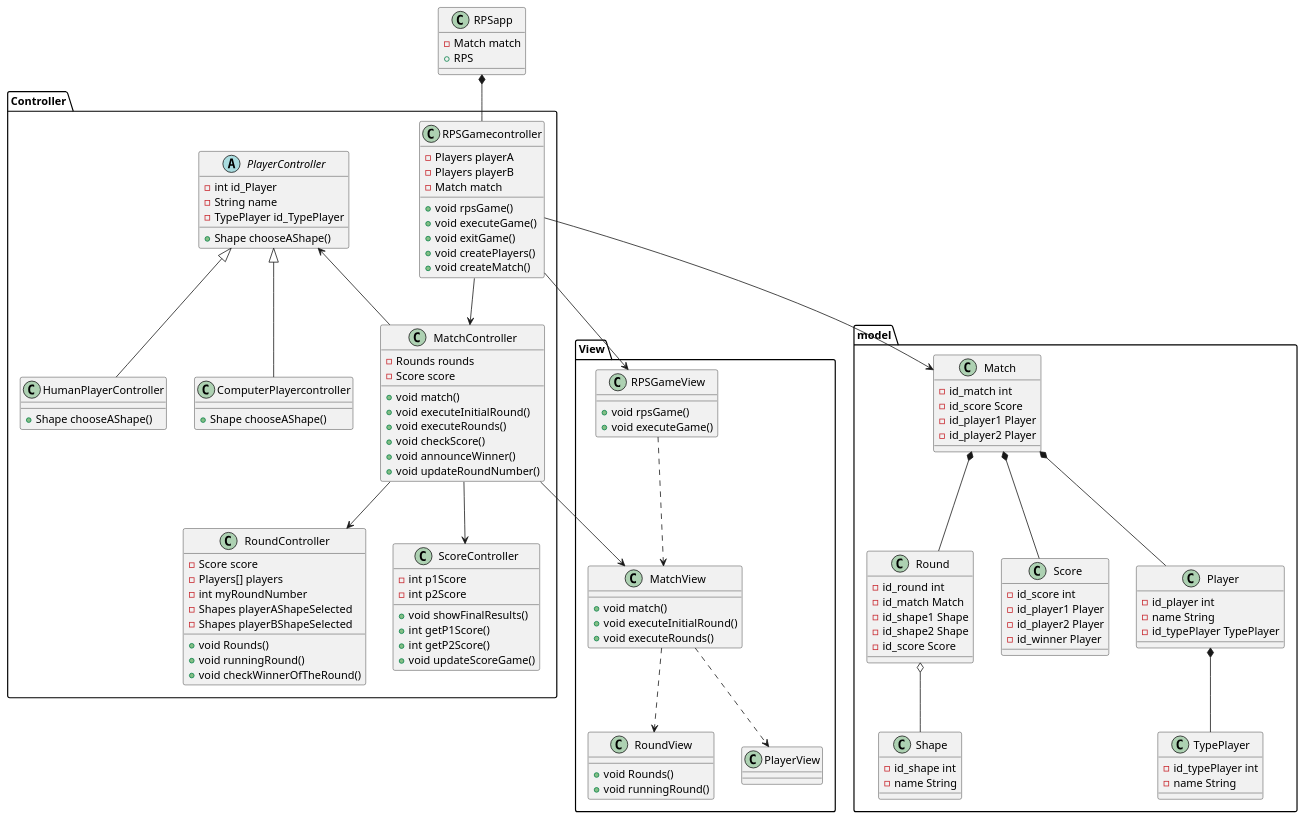
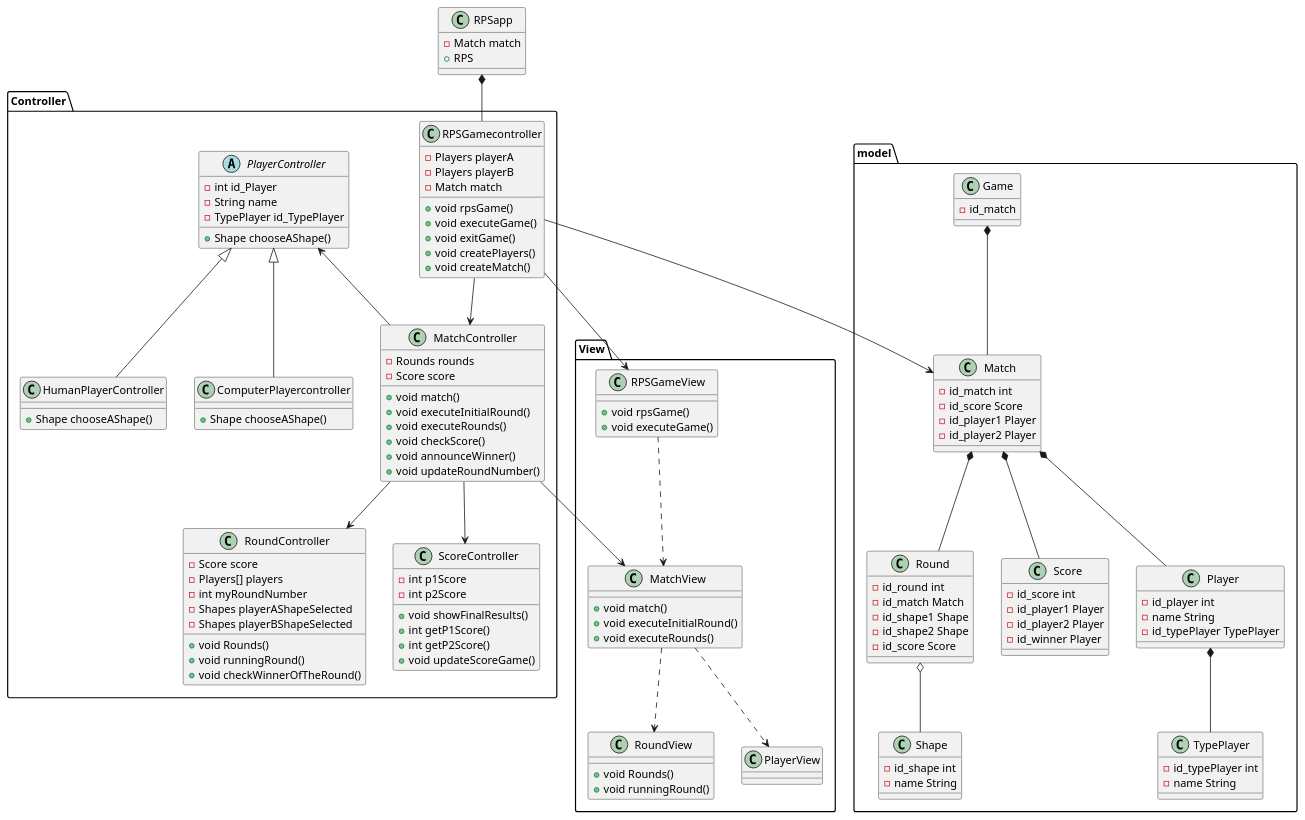
The diagram in doc/mvc-diagram.puml (ederramos01/rock-paper-scissors), drawn with PlantUML before and after one commit. The commit also changed 12 other files, not shown here.

```diff
--- a/doc/mvc-diagram.puml
+++ b/doc/mvc-diagram.puml
@@ -1,153 +1,157 @@
 @startuml
 
 class RPSapp {
     - Match match
     +RPS
 }
 
 package View{
     class RPSGameView {
         + void rpsGame()
         + void executeGame()
     }
 
     class MatchView {
         + void match()
         + void executeInitialRound()
         + void executeRounds()
     }
 
     class RoundView {
         + void Rounds()
         + void runningRound()
     }
 
     class PlayerView {
 
     }
 }
 
 package Controller {
     class RPSGamecontroller {
         - Players playerA
         - Players playerB
         - Match match
         + void rpsGame()
         + void executeGame()
         + void exitGame()
         + void createPlayers()
         + void createMatch()
     }
 
     class MatchController {
         - Rounds rounds
         - Score score
         + void match()
         + void executeInitialRound()
         + void executeRounds()
         + void checkScore()
         + void announceWinner()
         + void updateRoundNumber()
     }
 
     class RoundController {
         - Score score
         - Players[] players
         - int myRoundNumber
         - Shapes playerAShapeSelected
         - Shapes playerBShapeSelected
         + void Rounds()
         + void runningRound()
         + void checkWinnerOfTheRound()
     }
 
     abstract class PlayerController {
         - int id_Player
         - String name
         - TypePlayer id_TypePlayer
         + Shape chooseAShape()
     }
 
     class HumanPlayerController {
         + Shape chooseAShape()
     }
 
     class ComputerPlayercontroller {
         + Shape chooseAShape()
     }
 
     class ScoreController {
         - int p1Score
         - int p2Score
         + void showFinalResults()
         + int getP1Score()
         + int getP2Score()
         + void updateScoreGame()
     }
 
     RPSapp *-- RPSGamecontroller
     PlayerController <|-- HumanPlayerController
     PlayerController <|-- ComputerPlayercontroller
     RPSGamecontroller --> MatchController
     MatchController --> RoundController
     MatchController --> ScoreController
     PlayerController <-- MatchController
 
 }
 
 package model {
+
+    class Game {
+        -id_match
+    }
     
     class Round {
     -id_round int
     -id_match Match
     -id_shape1 Shape
     -id_shape2 Shape
     -id_score Score
 }
 
 class Match {
     -id_match int
     -id_score Score
     -id_player1 Player
     -id_player2 Player
 }
 
 class Score {
     -id_score int
     -id_player1 Player
     -id_player2 Player
     -id_winner Player
 }
 
 class Shape {
     -id_shape int
     -name String
 }
 
 class Player{
     -id_player int
     -name String
     -id_typePlayer TypePlayer
 }
 
 class TypePlayer {
     -id_typePlayer int
     -name String
 }
-
+    Game *-- Match
     Match *-- Round
     Match *-- Player
     Round o-- Shape
     Player *-- TypePlayer
     Match *-- Score 
 }
 
 RPSGameView ..> MatchView
 MatchView ..> RoundView
 MatchView ..> PlayerView
 
 RPSGamecontroller --> RPSGameView
 MatchController --> MatchView
 RPSGamecontroller --> Match
 
 @enduml
```
